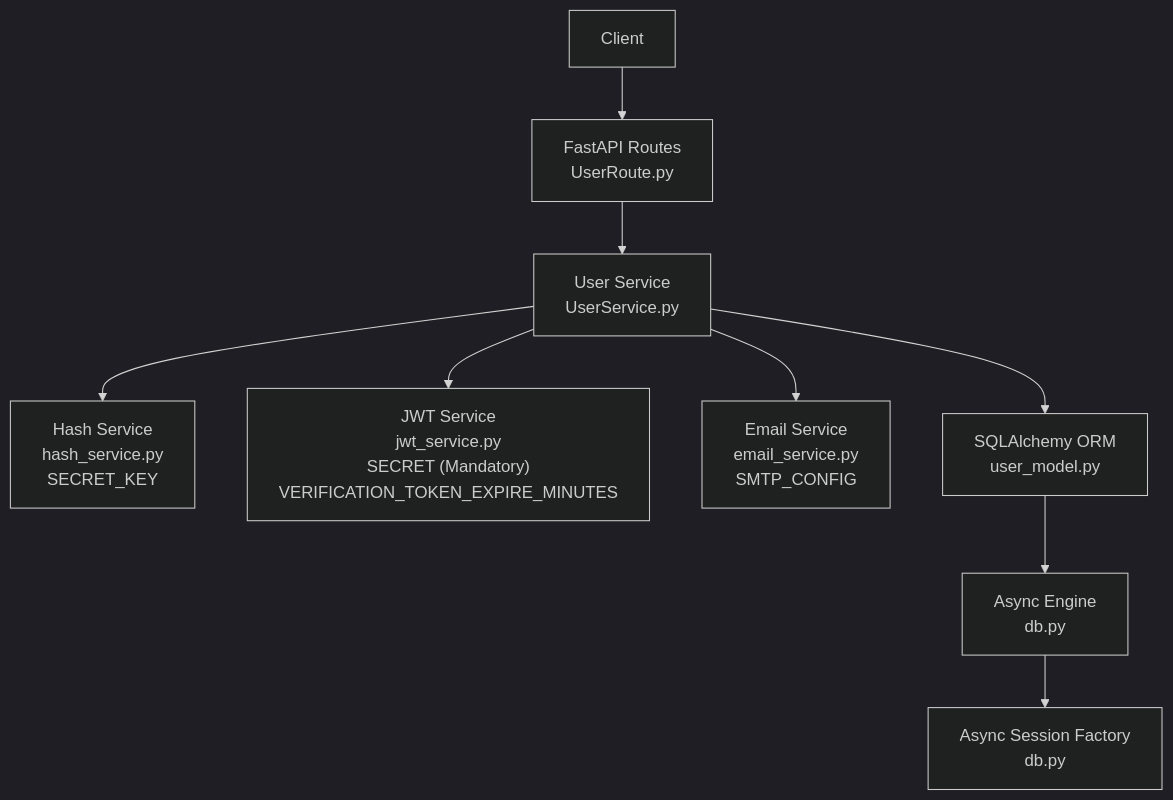
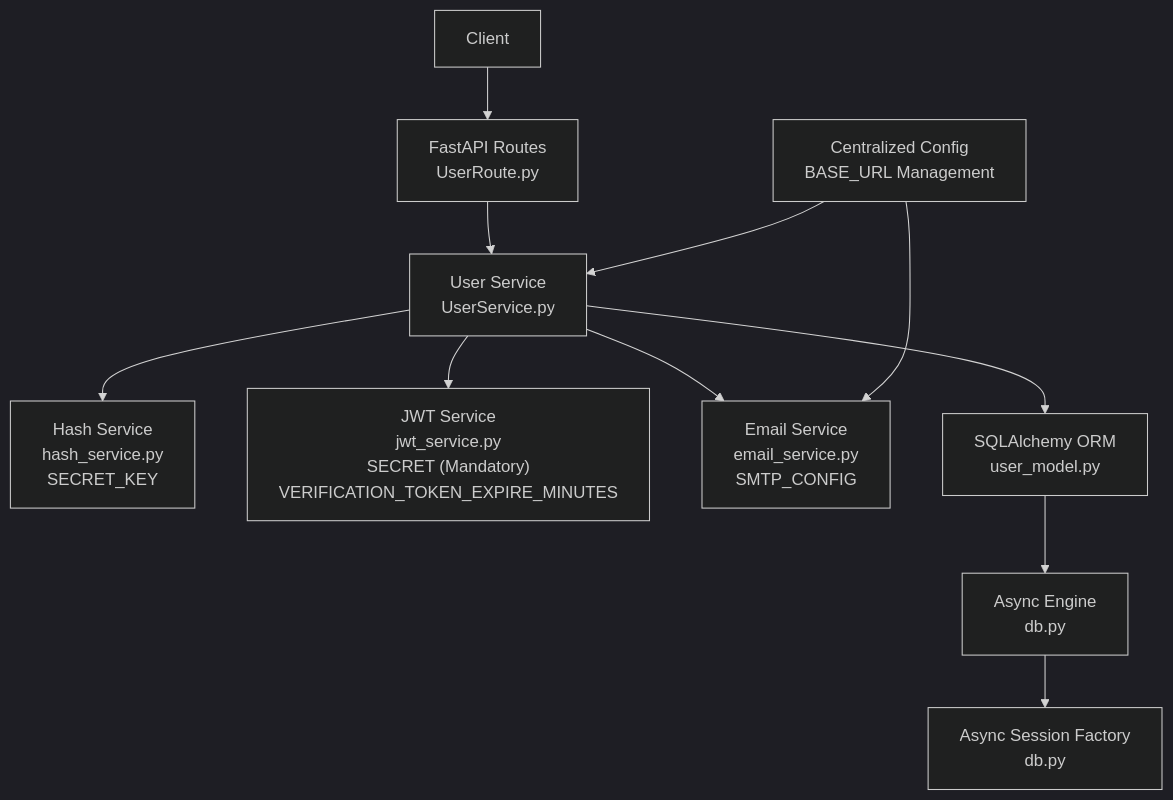
The second of 13 diagrams in .qoder/repowiki/en/content/Core Concepts/User Authentication System.md (srikant-panda/auth-service), drawn with Mermaid (dark theme) before and after one commit. The commit also changed other lines of this file and 6 other files, not shown here.

Commit message:
Update email service and documentation

````diff
--- a/.qoder/repowiki/en/content/Core Concepts/User Authentication System.md
+++ b/.qoder/repowiki/en/content/Core Concepts/User Authentication System.md
@@ -162,20 +170,23 @@
 ```mermaid
 graph TB
 Client["Client"]
 API["FastAPI Routes<br/>UserRoute.py"]
 Service["User Service<br/>UserService.py"]
 Hash["Hash Service<br/>hash_service.py<br/>SECRET_KEY"]
 JWT["JWT Service<br/>jwt_service.py<br/>SECRET (Mandatory)<br/>VERIFICATION_TOKEN_EXPIRE_MINUTES"]
 Email["Email Service<br/>email_service.py<br/>SMTP_CONFIG"]
 DB["SQLAlchemy ORM<br/>user_model.py"]
 Engine["Async Engine<br/>db.py"]
 Session["Async Session Factory<br/>db.py"]
+Config["Centralized Config<br/>BASE_URL Management"]
 Client --> API
 API --> Service
 Service --> Hash
 Service --> JWT
 Service --> Email
 Service --> DB
 DB --> Engine
 Engine --> Session
+Config --> Service
+Config --> Email
 ```
````
